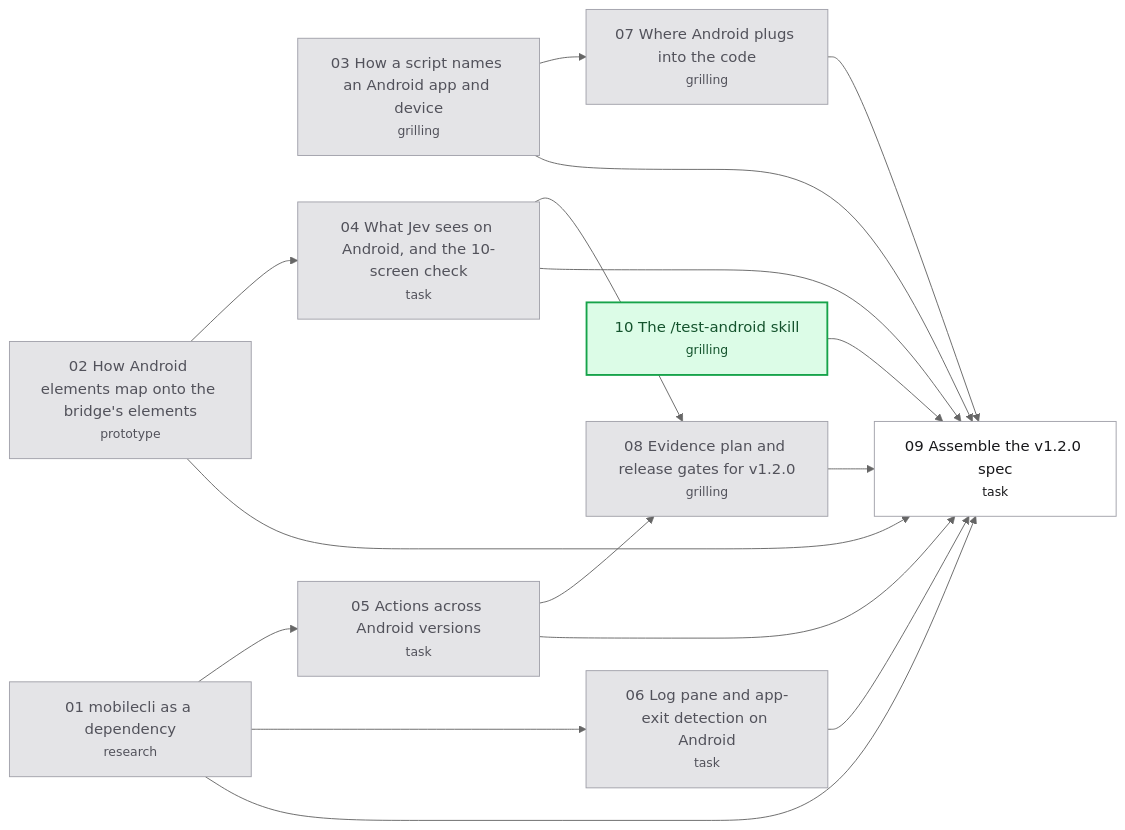
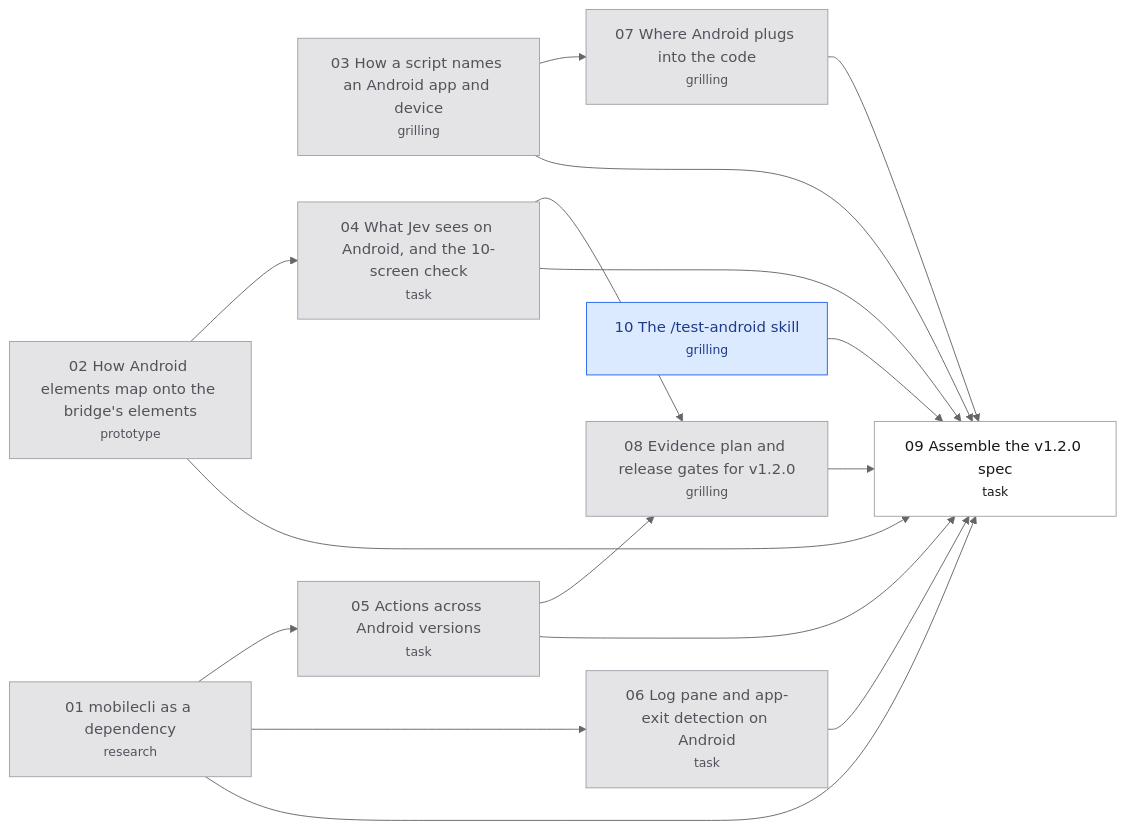
Before and after one commit to hugues-vnsgn/jev-ios-bridge: the diagram in .scratch/android-support/map.md, drawn with Mermaid (neutral theme). The commit also changed 1 other file, not shown here.

Commit message:
wayfinder: claim "The /test-android skill"

````diff
--- a/.scratch/android-support/map.md
+++ b/.scratch/android-support/map.md
@@ -49,35 +49,35 @@
 ```mermaid
 flowchart LR
     T01["01 mobilecli as a dependency<br/><small>research</small>"]
     T02["02 How Android elements map onto the bridge's elements<br/><small>prototype</small>"]
     T03["03 How a script names an Android app and device<br/><small>grilling</small>"]
     T04["04 What Jev sees on Android, and the 10-screen check<br/><small>task</small>"]
     T05["05 Actions across Android versions<br/><small>task</small>"]
     T06["06 Log pane and app-exit detection on Android<br/><small>task</small>"]
     T07["07 Where Android plugs into the code<br/><small>grilling</small>"]
     T08["08 Evidence plan and release gates for v1.2.0<br/><small>grilling</small>"]
     T09["09 Assemble the v1.2.0 spec<br/><small>task</small>"]
     T10["10 The /test-android skill<br/><small>grilling</small>"]
     T02 --> T04
     T01 --> T05
     T01 --> T06
     T03 --> T07
     T04 --> T08
     T05 --> T08
     T01 --> T09
     T02 --> T09
     T03 --> T09
     T04 --> T09
     T05 --> T09
     T06 --> T09
     T07 --> T09
     T08 --> T09
     T10 --> T09
     classDef resolved fill:#e4e4e7,stroke:#a1a1aa,color:#52525b
     classDef claimed fill:#dbeafe,stroke:#2563eb,color:#1e3a8a
     classDef frontier fill:#dcfce7,stroke:#16a34a,color:#14532d,stroke-width:2px
     classDef blocked fill:#ffffff,stroke:#a1a1aa,color:#18181b
     class T01,T02,T03,T04,T05,T06,T07,T08 resolved
-    class T10 frontier
+    class T10 claimed
     class T09 blocked
 ```
````
